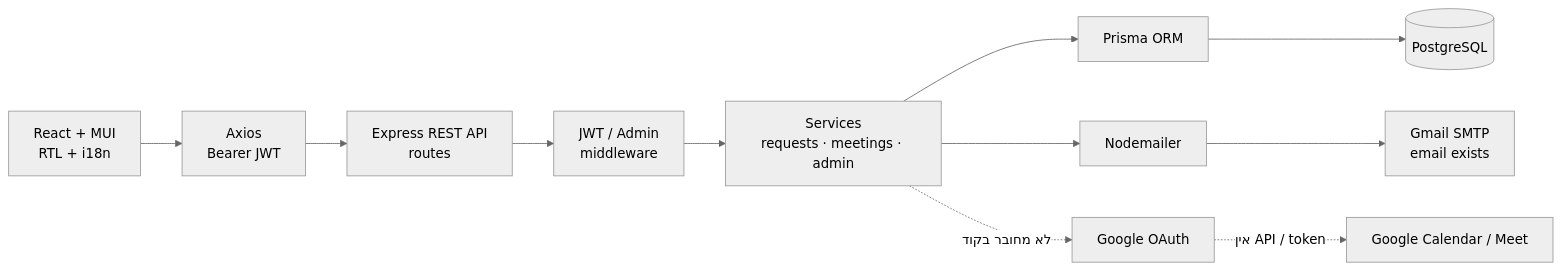
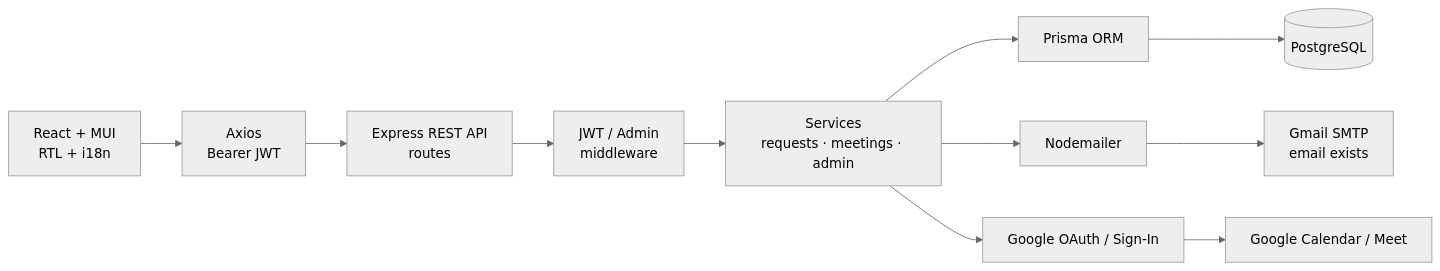
Before and after one commit to SimchaBarShalom/QueenB-template-2025: the diagram in docs/diagrams/system-architecture.mmd, drawn with Mermaid (neutral theme). The commit also changed other lines of this file and 11 other files, not shown here.

```diff
--- a/docs/diagrams/system-architecture.mmd
+++ b/docs/diagrams/system-architecture.mmd
@@ -1,11 +1,11 @@
 %% Queens Match — current repository evidence
 flowchart LR
   UI["React + MUI<br/>RTL + i18n"] --> AX["Axios<br/>Bearer JWT"]
   AX --> API["Express REST API<br/>routes"]
   API --> MW["JWT / Admin<br/>middleware"]
   MW --> S["Services<br/>requests · meetings · admin"]
   S --> P["Prisma ORM"]
   P --> DB[("PostgreSQL")]
   S --> N["Nodemailer"] --> G["Gmail SMTP<br/>email exists"]
-  S -. "לא מחובר בקוד" .-> O["Google OAuth"]
-  O -. "אין API / token" .-> C["Google Calendar / Meet"]
+  S --> O["Google OAuth / Sign-In"]
+  O --> C["Google Calendar / Meet"]
```
